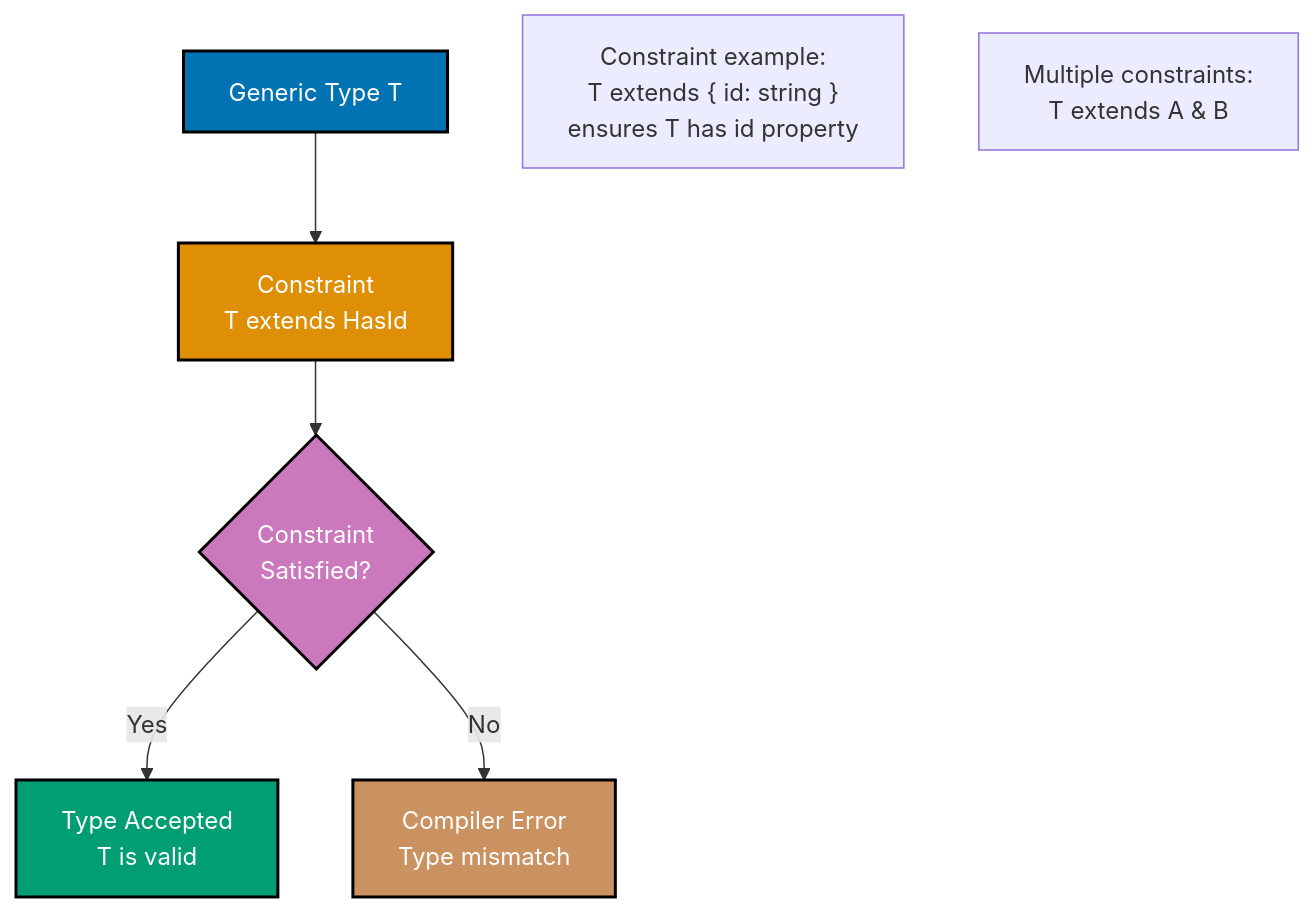
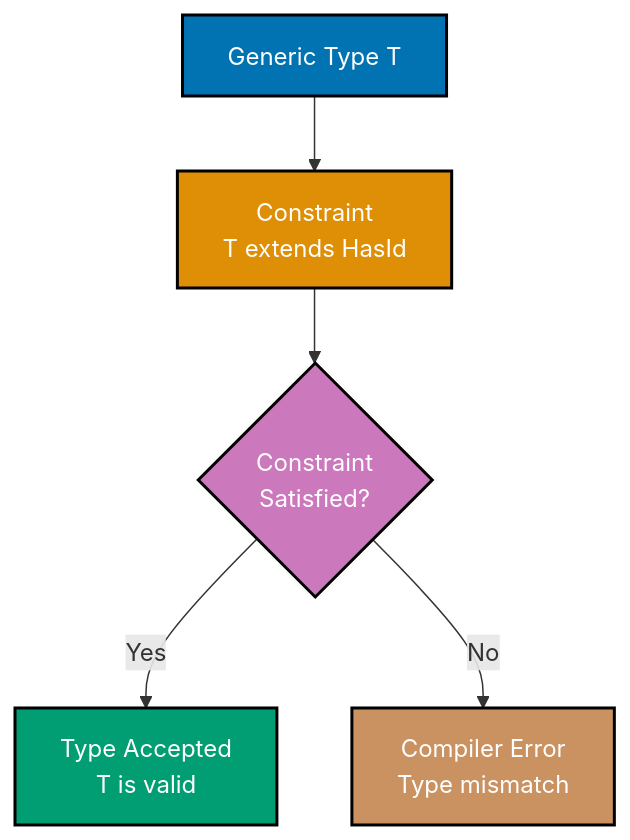
One commit to wahidyankf/ose-primer changed the second of 3 diagrams in docs/explanation/software-engineering/programming-languages/typescript/interfaces-and-types.md. Above: the diagram before and after it, drawn with Mermaid. The commit also changed other lines of this file and 16 other files, not shown here.

Commit message:
fix(docs): fix mermaid violations in typescript/ docs (batch 1/10)

````diff
--- a/docs/explanation/software-engineering/programming-languages/typescript/interfaces-and-types.md
+++ b/docs/explanation/software-engineering/programming-languages/typescript/interfaces-and-types.md
@@ -154,23 +154,20 @@
 ```mermaid
 %% Color Palette: Blue #0173B2, Orange #DE8F05, Teal #029E73, Purple #CC78BC, Brown #CA9161
 graph TD
     Generic["Generic Type T"]:::blue
     Constraint["Constraint<br/>T extends HasId"]:::orange
     Satisfied{"Constraint<br/>Satisfied?"}:::purple
     Accept["Type Accepted<br/>T is valid"]:::teal
     Reject["Compiler Error<br/>Type mismatch"]:::brown
 
     Generic --> Constraint
     Constraint --> Satisfied
     Satisfied -->|Yes| Accept
     Satisfied -->|No| Reject
 
-    Note1["Constraint example:<br/>T extends { id: string }<br/>ensures T has id property"]
-    Note2["Multiple constraints:<br/>T extends A & B"]
-
     classDef blue fill:#0173B2,stroke:#000000,color:#FFFFFF,stroke-width:2px
     classDef orange fill:#DE8F05,stroke:#000000,color:#FFFFFF,stroke-width:2px
     classDef teal fill:#029E73,stroke:#000000,color:#FFFFFF,stroke-width:2px
     classDef purple fill:#CC78BC,stroke:#000000,color:#FFFFFF,stroke-width:2px
     classDef brown fill:#CA9161,stroke:#000000,color:#FFFFFF,stroke-width:2px
 ```
````
